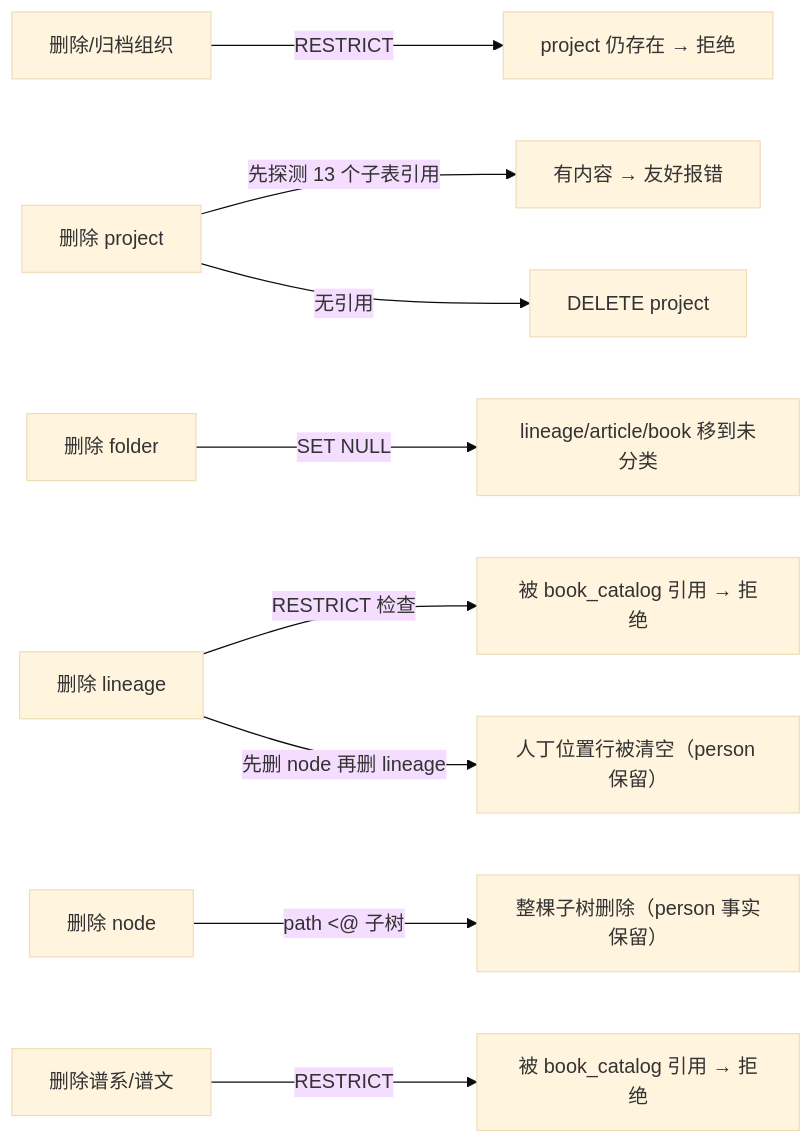
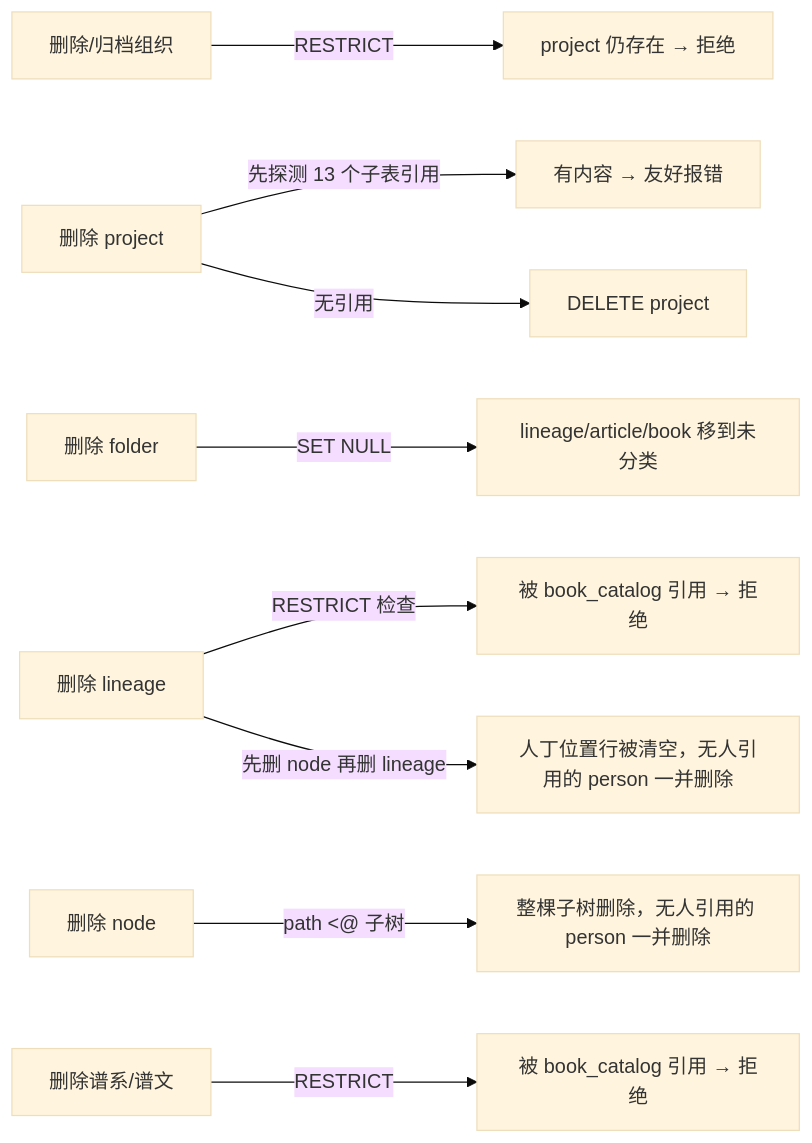
Before and after one commit to bobo522487/gramps: the second of 2 diagrams in docs/data-model.md, drawn with Mermaid (base theme). The commit also changed other lines of this file and 43 other files, not shown here.

````diff
--- a/docs/data-model.md
+++ b/docs/data-model.md
@@ -193,11 +193,11 @@
 ```mermaid
 flowchart LR
   DelOrg["删除/归档组织"] -->|"RESTRICT"| Proj["project 仍存在 → 拒绝"]
   DelProj["删除 project"] -->|"先探测 13 个子表引用"| Children["有内容 → 友好报错"]
   DelProj -->|"无引用"| Delete["DELETE project"]
   DelFolder["删除 folder"] -->|"SET NULL"| Content["lineage/article/book 移到未分类"]
   DelLineage["删除 lineage"] -->|"RESTRICT 检查"| CatalogRef["被 book_catalog 引用 → 拒绝"]
-  DelLineage -->|"先删 node 再删 lineage"| NodesGone["人丁位置行被清空（person 保留）"]
-  DelNode["删除 node"] -->|"path <@ 子树"| Subtree["整棵子树删除（person 事实保留）"]
+  DelLineage -->|"先删 node 再删 lineage"| NodesGone["人丁位置行被清空，无人引用的 person 一并删除"]
+  DelNode["删除 node"] -->|"path <@ 子树"| Subtree["整棵子树删除，无人引用的 person 一并删除"]
   DelSeries["删除谱系/谱文"] -->|"RESTRICT"| Catalog["被 book_catalog 引用 → 拒绝"]
 ```
````
